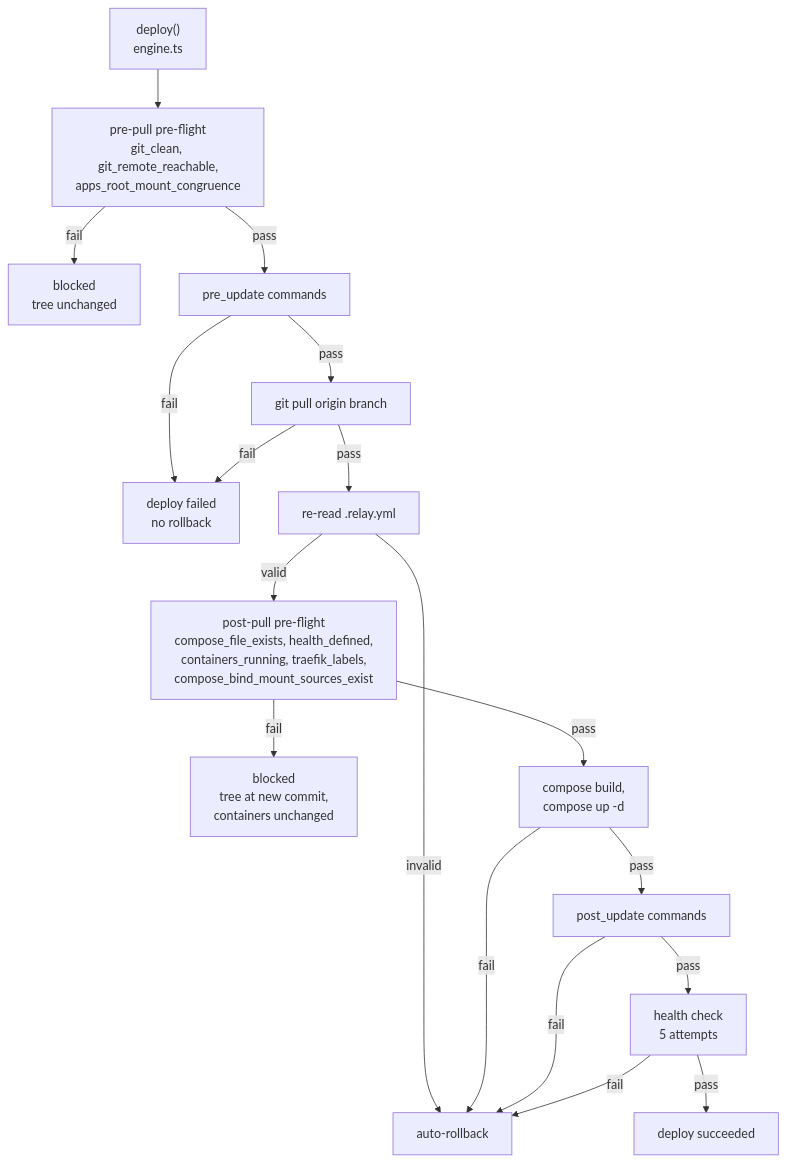
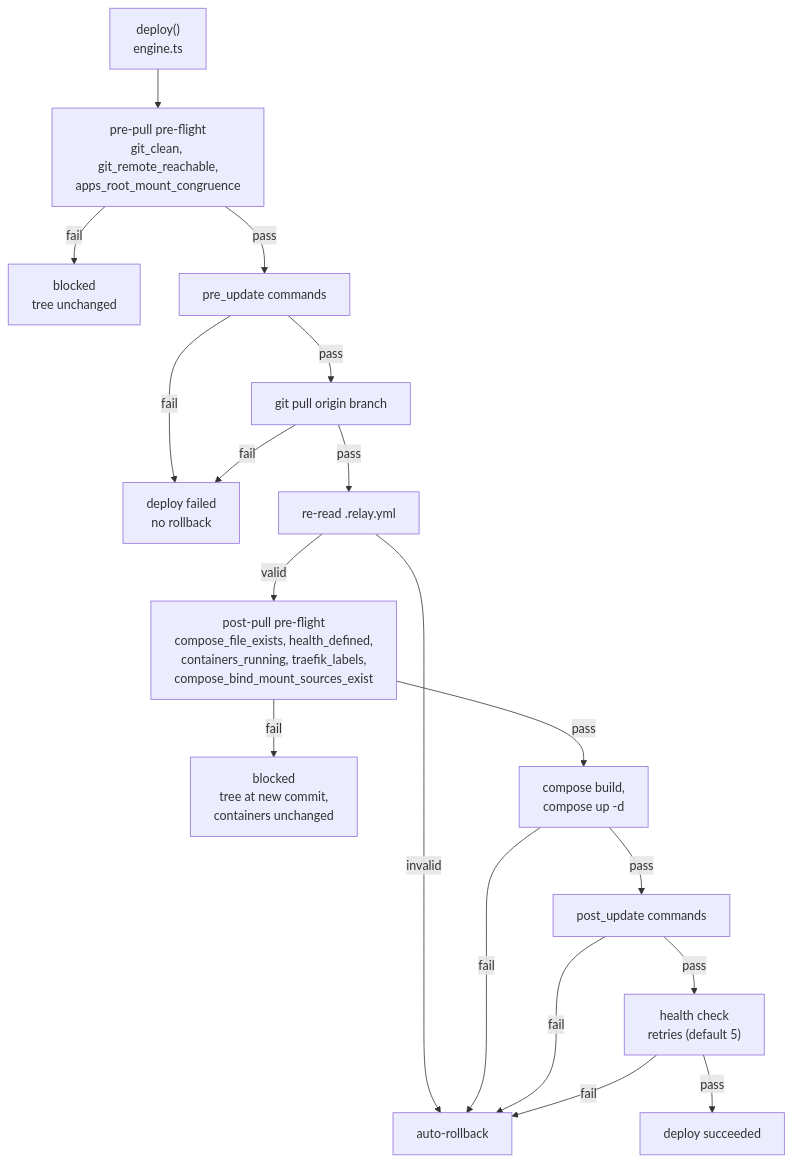
Before and after one commit to LanNguyenSi/agent-relay: the second of 3 diagrams in docs/operations.md, drawn with Mermaid. The commit also changed other lines of this file and 18 other files, not shown here.

First line of the commit message:
fix(deploy): validate the auto-detected branch, bound fetchLogs, configurable health retries (#164)

````diff
--- a/docs/operations.md
+++ b/docs/operations.md
@@ -292,20 +292,20 @@
 ```mermaid
 flowchart TD
     A["deploy()<br/>engine.ts"] --> B["pre-pull pre-flight<br/>git_clean, git_remote_reachable,<br/>apps_root_mount_congruence"]
     B -- "fail" --> BLK["blocked<br/>tree unchanged"]
     B -- "pass" --> D["pre_update commands"]
     D -- "fail" --> FAIL["deploy failed<br/>no rollback"]
     D -- "pass" --> E["git pull origin branch"]
     E -- "fail" --> FAIL
     E -- "pass" --> F["re-read .relay.yml"]
     F -- "invalid" --> RB["auto-rollback"]
     F -- "valid" --> G["post-pull pre-flight<br/>compose_file_exists, health_defined,<br/>containers_running, traefik_labels,<br/>compose_bind_mount_sources_exist"]
     G -- "fail" --> BLK2["blocked<br/>tree at new commit,<br/>containers unchanged"]
     G -- "pass" --> H["compose build,<br/>compose up -d"]
     H -- "fail" --> RB
     H -- "pass" --> P["post_update commands"]
     P -- "fail" --> RB
-    P -- "pass" --> J["health check<br/>5 attempts"]
+    P -- "pass" --> J["health check<br/>retries (default 5)"]
     J -- "pass" --> SUC["deploy succeeded"]
     J -- "fail" --> RB
 ```
````
